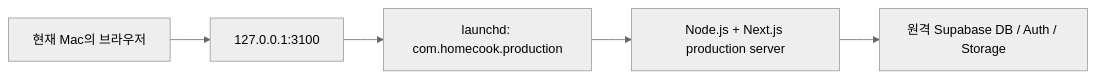
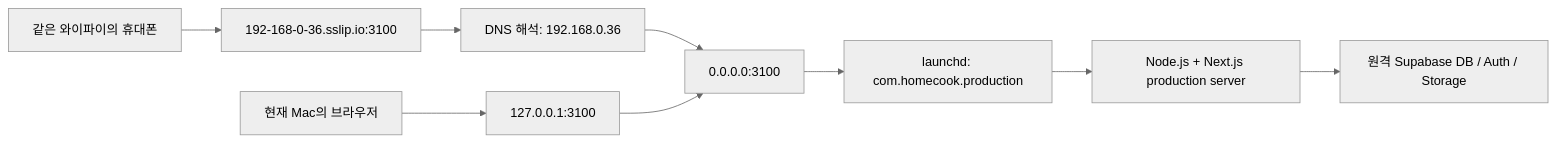
The diagram in docs/engineering/current-mac-production-plan.md (netsus/homecook), drawn with Mermaid (neutral theme) before and after one commit. The commit also changed other lines of this file and 19 other files, not shown here.

````diff
--- a/docs/engineering/current-mac-production-plan.md
+++ b/docs/engineering/current-mac-production-plan.md
@@ -66,7 +71,11 @@
 ```mermaid
 flowchart LR
-  A["현재 Mac의 브라우저"] --> B["127.0.0.1:3100"]
-  B --> C["launchd: com.homecook.production"]
-  C --> D["Node.js + Next.js production server"]
-  D --> E["원격 Supabase DB / Auth / Storage"]
+  A["같은 와이파이의 휴대폰"] --> B["192-168-0-36.sslip.io:3100"]
+  M["현재 Mac의 브라우저"] --> L["127.0.0.1:3100"]
+  B --> I["DNS 해석: 192.168.0.36"]
+  I --> C["0.0.0.0:3100"]
+  L --> C
+  C --> D["launchd: com.homecook.production"]
+  D --> E["Node.js + Next.js production server"]
+  E --> F["원격 Supabase DB / Auth / Storage"]
 ```
````
